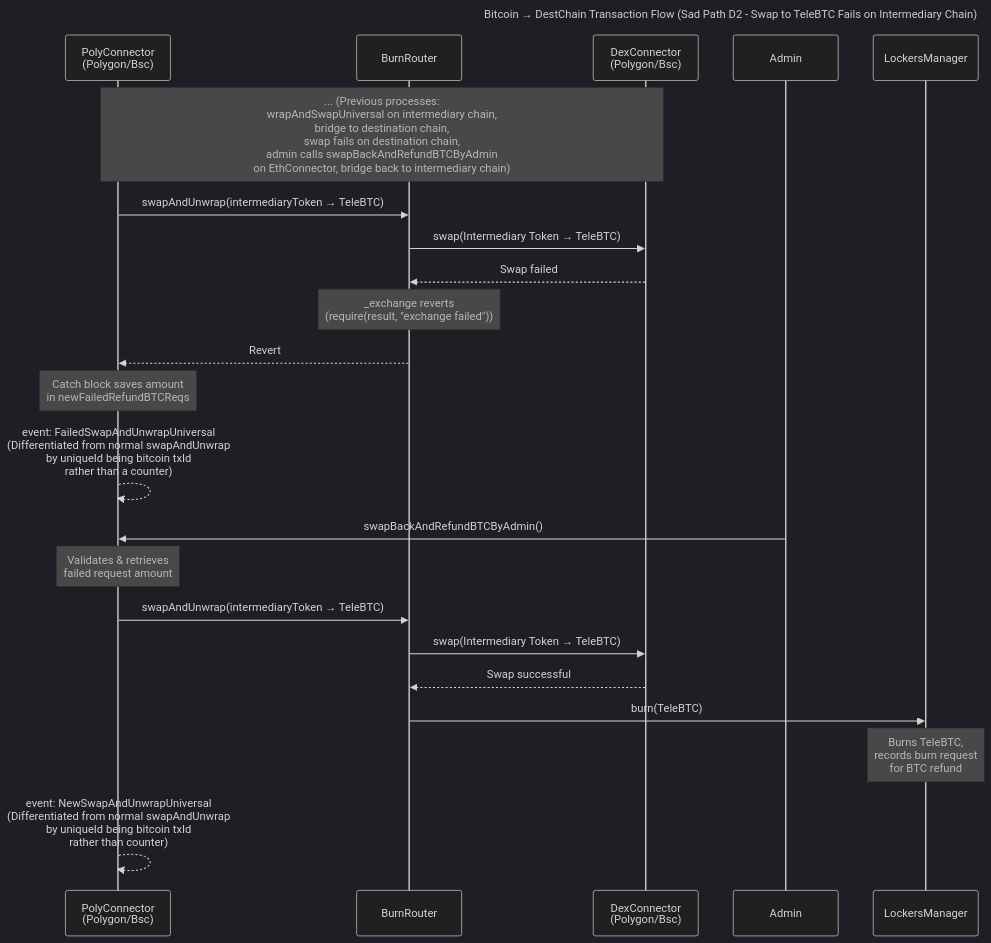
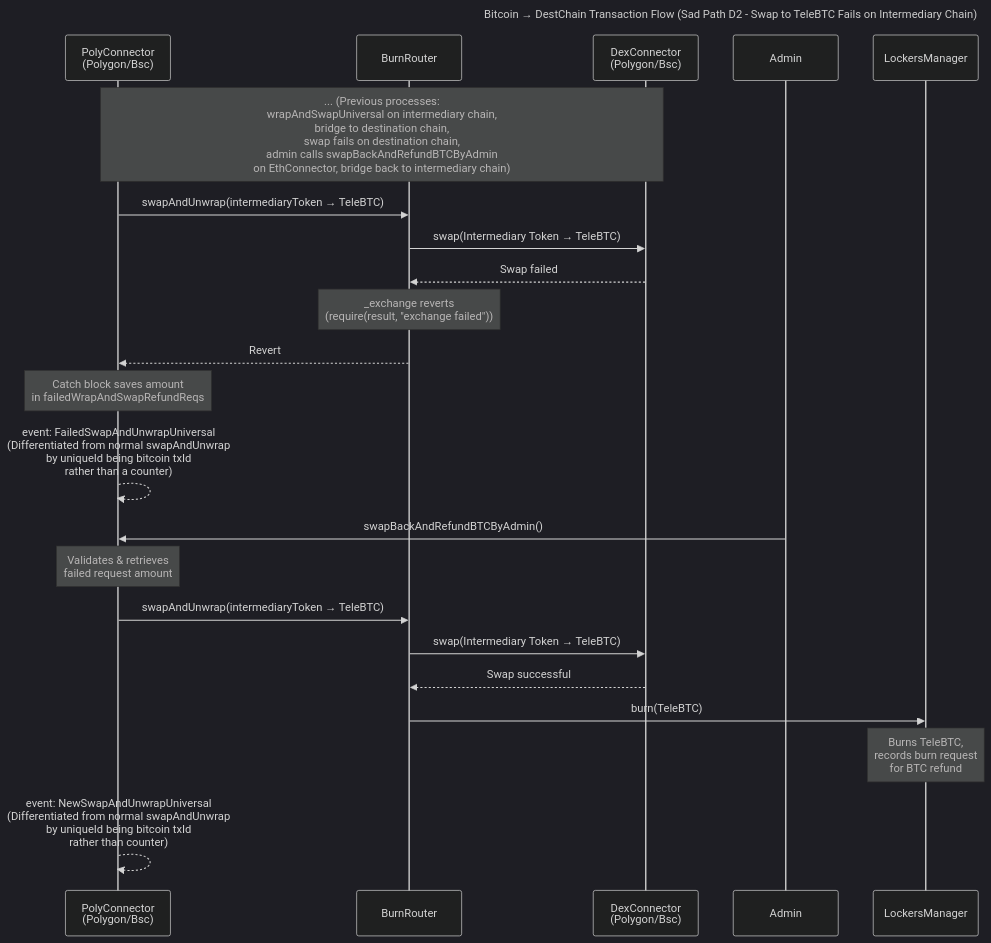
One commit to TeleportDAO/teleswap-contracts-evm changed the third of 5 diagrams in docs/universal-router-diagrams.md. Above: the diagram before and after it, drawn with Mermaid (dark theme). The commit also changed other lines of this file and 5 other files, not shown here.

````diff
--- a/docs/universal-router-diagrams.md
+++ b/docs/universal-router-diagrams.md
@@ -106,28 +106,28 @@
 ```mermaid
 sequenceDiagram
   title Bitcoin → DestChain Transaction Flow (Sad Path D2 - Swap to TeleBTC Fails on Intermediary Chain)
   participant PolyConnector as PolyConnector<br/>(Polygon/Bsc)
   participant BurnRouter as BurnRouter
   participant DexConnectorPoly as DexConnector<br/>(Polygon/Bsc)
   participant Admin as Admin
   participant LockersManager as LockersManager
 
   Note over PolyConnector,DexConnectorPoly: ... (Previous processes:<br/>wrapAndSwapUniversal on intermediary chain,<br/>bridge to destination chain,<br/>swap fails on destination chain,<br/>admin calls swapBackAndRefundBTCByAdmin<br/>on EthConnector, bridge back to intermediary chain)
 
   PolyConnector->>BurnRouter: swapAndUnwrap(intermediaryToken → TeleBTC)
   BurnRouter->>DexConnectorPoly: swap(Intermediary Token → TeleBTC)
   DexConnectorPoly-->>BurnRouter: Swap failed
   Note over BurnRouter: _exchange reverts<br/>(require(result, "exchange failed"))
   BurnRouter-->>PolyConnector: Revert
-  Note over PolyConnector: Catch block saves amount<br/>in newFailedRefundBTCReqs
+  Note over PolyConnector: Catch block saves amount<br/>in failedWrapAndSwapRefundReqs
   PolyConnector-->>PolyConnector: event: FailedSwapAndUnwrapUniversal<br/>(Differentiated from normal swapAndUnwrap<br/>by uniqueId being bitcoin txId<br/>rather than a counter)
 
   Admin->>PolyConnector: swapBackAndRefundBTCByAdmin()
   Note over PolyConnector: Validates & retrieves<br/>failed request amount
   PolyConnector->>BurnRouter: swapAndUnwrap(intermediaryToken → TeleBTC)
   BurnRouter->>DexConnectorPoly: swap(Intermediary Token → TeleBTC)
   DexConnectorPoly-->>BurnRouter: Swap successful
   BurnRouter->>LockersManager: burn(TeleBTC)
   Note over LockersManager: Burns TeleBTC,<br/>records burn request<br/>for BTC refund
   PolyConnector-->>PolyConnector: event: NewSwapAndUnwrapUniversal<br/>(Differentiated from normal swapAndUnwrap<br/>by uniqueId being bitcoin txId<br/>rather than counter)
 ```
````
